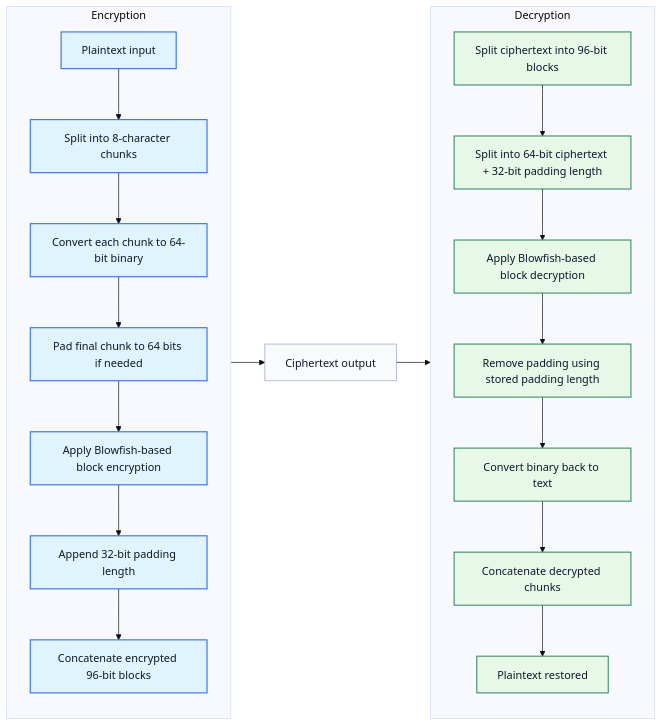
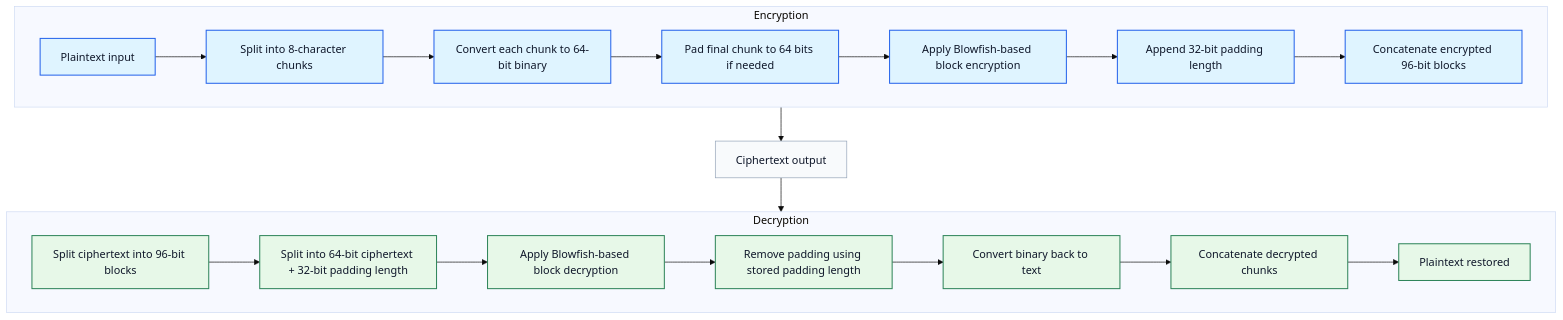
One commit to jgeo12/encryptor-app changed the diagram in README.md. Above: the diagram before and after it, drawn with Mermaid (base theme).

````diff
--- a/README.md
+++ b/README.md
@@ -10,35 +10,35 @@
 ```mermaid
-flowchart LR
+flowchart TD
     subgraph ENC[Encryption]
-        direction TB
+        direction LR
         A[Plaintext input] --> B[Split into 8-character chunks]
         B --> C[Convert each chunk to 64-bit binary]
         C --> D[Pad final chunk to 64 bits if needed]
         D --> E[Apply Blowfish-based block encryption]
         E --> F[Append 32-bit padding length]
         F --> G[Concatenate encrypted 96-bit blocks]
     end
 
     G --> H[Ciphertext output]
 
     subgraph DEC[Decryption]
-        direction TB
+        direction LR
         I[Split ciphertext into 96-bit blocks]
         I --> J[Split into 64-bit ciphertext + 32-bit padding length]
         J --> K[Apply Blowfish-based block decryption]
         K --> L[Remove padding using stored padding length]
         L --> M[Convert binary back to text]
         M --> N[Concatenate decrypted chunks]
         N --> O[Plaintext restored]
     end
 
     H --> I
 
     classDef enc fill:#dff4ff,stroke:#2563eb,stroke-width:1.5px,color:#0f172a;
     classDef dec fill:#e7f8e8,stroke:#2f855a,stroke-width:1.5px,color:#0f172a;
     classDef boundary fill:#f8fafc,stroke:#94a3b8,stroke-width:1px,color:#0f172a;
 
     class A,B,C,D,E,F,G enc;
     class H boundary;
     class I,J,K,L,M,N,O dec;
 ```
````
